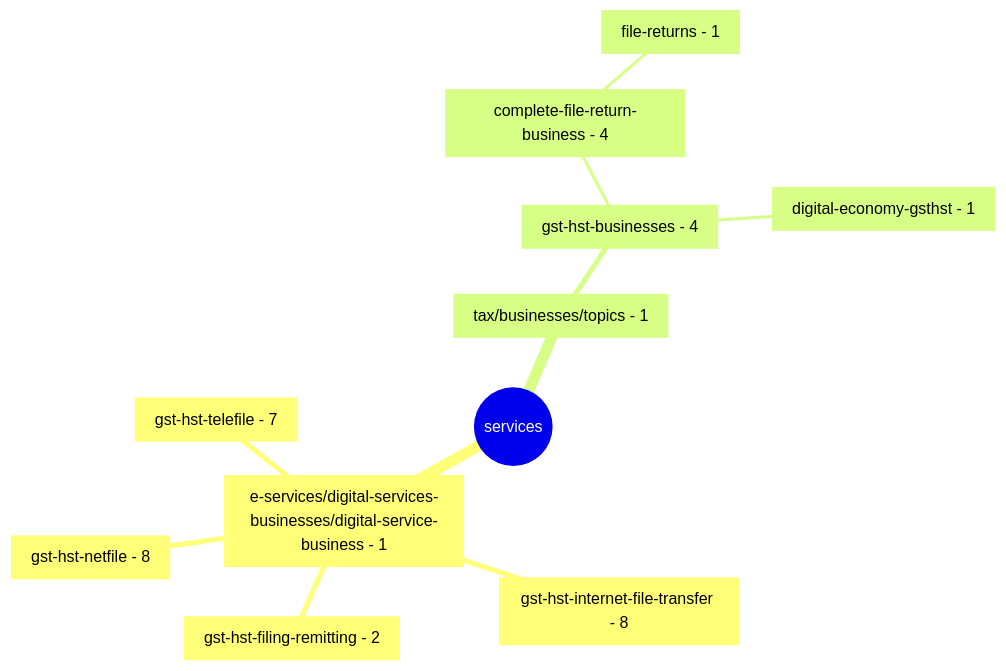
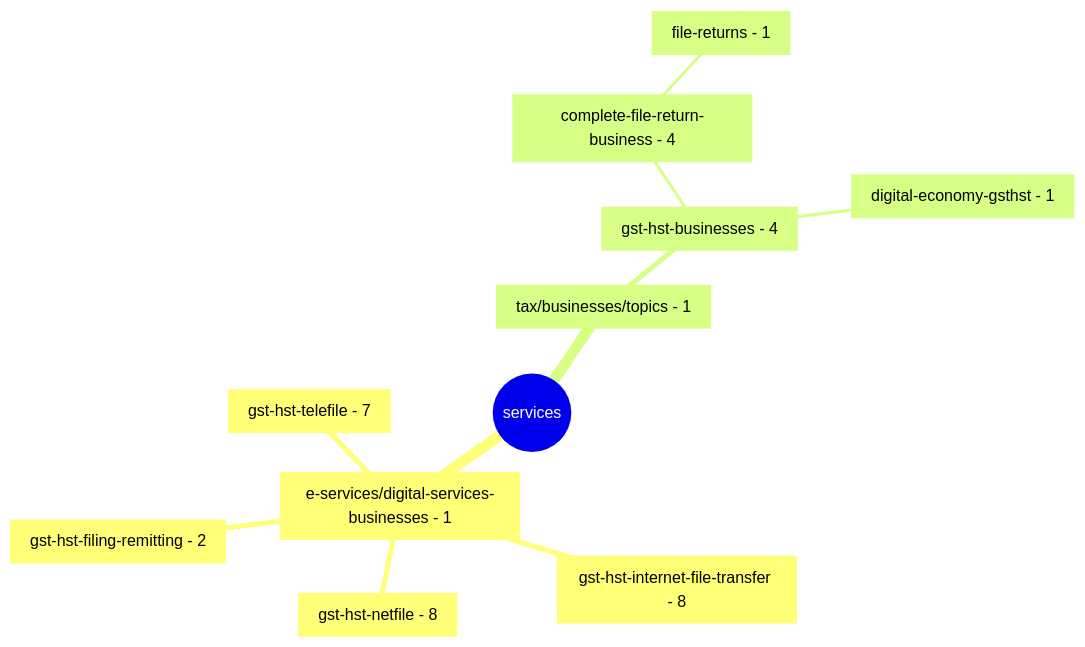
The second of 2 diagrams in README.md (cra-proto/gst-hst-business), drawn with Mermaid before and after one commit.

````diff
--- a/README.md
+++ b/README.md
@@ -48,14 +48,14 @@
 ```mermaid
 mindmap
   root((services))
-    [e-services/digital-services-businesses/digital-service-business - 1]
+    [e-services/digital-services-businesses - 1]
       [gst-hst-filing-remitting - 2]
       [gst-hst-internet-file-transfer - 8]
       [gst-hst-netfile - 8]
       [gst-hst-telefile - 7]
     [tax/businesses/topics - 1]
       [gst-hst-businesses - 4]
         [complete-file-return-business - 4]
           [file-returns - 1]
         [digital-economy-gsthst - 1]
 ```
````
